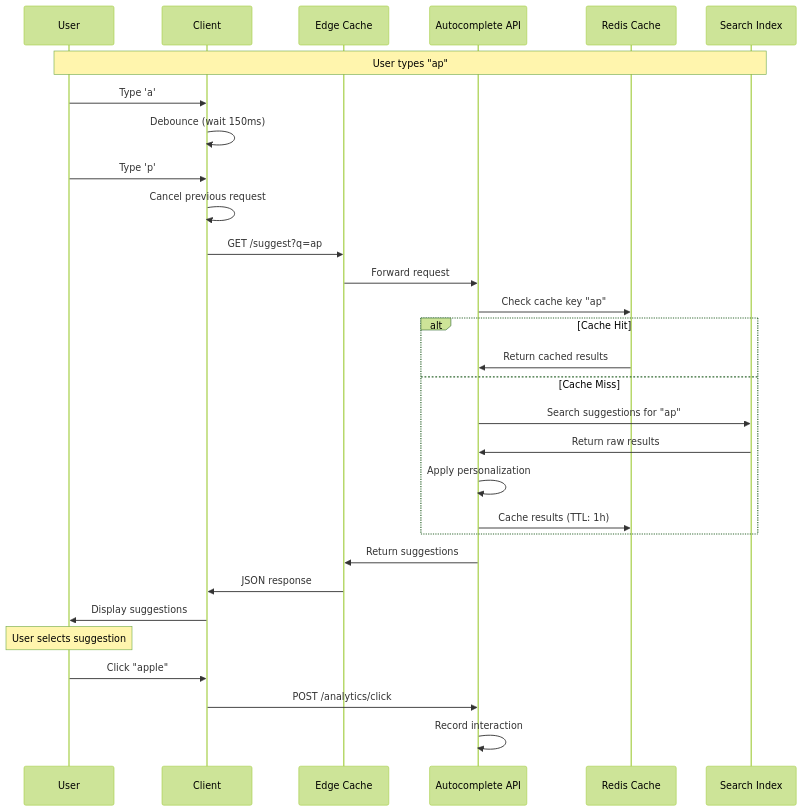
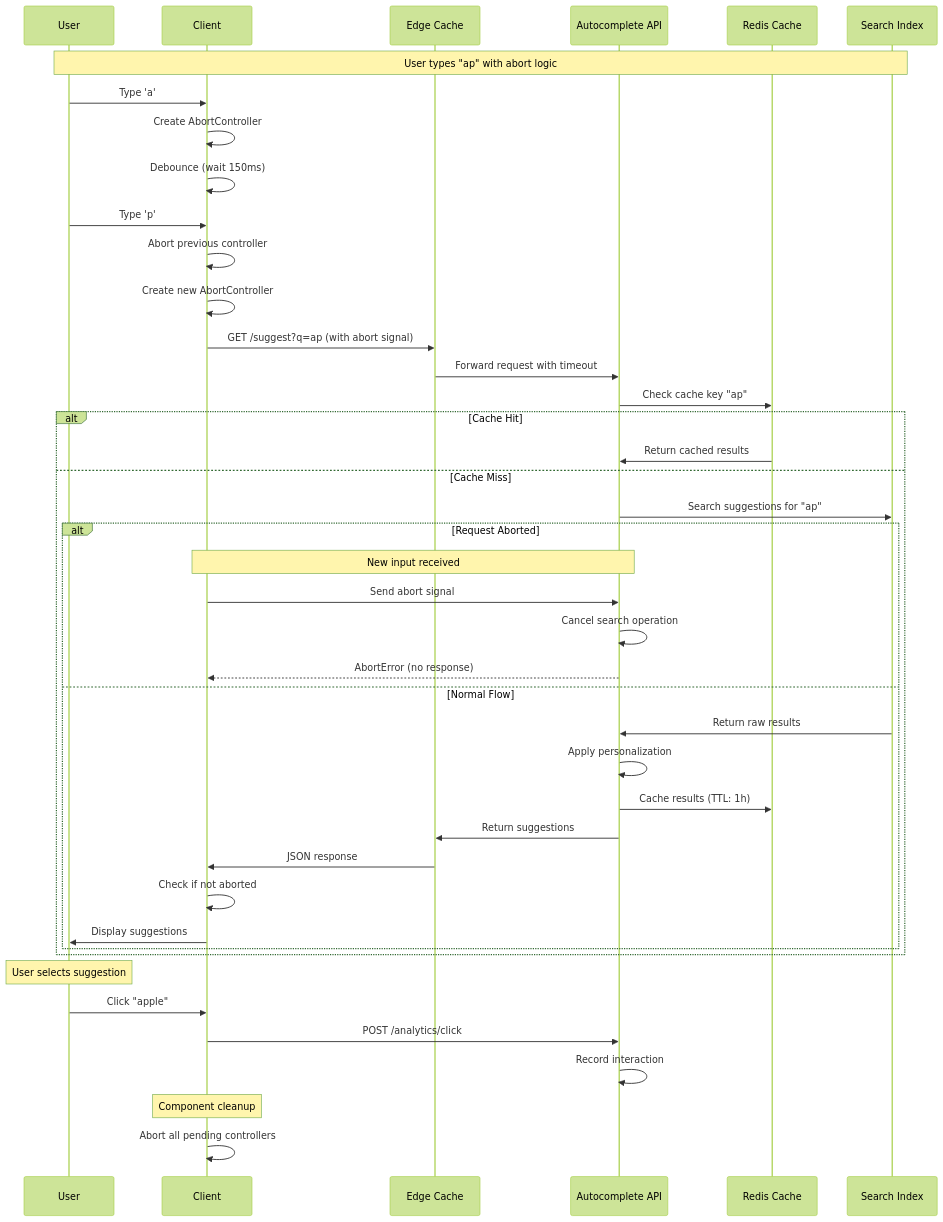
One commit to pratheeshpm/brahmastra changed the ninth of 24 diagrams in frontend-system-design/10-search-autocomplete/README.md. Above: the diagram before and after it, drawn with Mermaid (forest theme). The commit also changed other lines of this file and 280 other files, not shown here.

````diff
--- a/frontend-system-design/10-search-autocomplete/README.md
+++ b/frontend-system-design/10-search-autocomplete/README.md
@@ -665,38 +1074,51 @@
 ```mermaid
 sequenceDiagram
     participant U as User
     participant C as Client
     participant CDN as Edge Cache
     participant API as Autocomplete API
     participant CACHE as Redis Cache
     participant INDEX as Search Index
     
-    Note over U,INDEX: User types "ap"
+    Note over U,INDEX: User types "ap" with abort logic
     
     U->>C: Type 'a'
+    C->>C: Create AbortController
     C->>C: Debounce (wait 150ms)
     U->>C: Type 'p'
-    C->>C: Cancel previous request
+    C->>C: Abort previous controller
+    C->>C: Create new AbortController
     
-    C->>CDN: GET /suggest?q=ap
-    CDN->>API: Forward request
+    C->>CDN: GET /suggest?q=ap (with abort signal)
+    CDN->>API: Forward request with timeout
     API->>CACHE: Check cache key "ap"
     
     alt Cache Hit
         CACHE->>API: Return cached results
     else Cache Miss
         API->>INDEX: Search suggestions for "ap"
-        INDEX->>API: Return raw results
-        API->>API: Apply personalization
-        API->>CACHE: Cache results (TTL: 1h)
+        
+        alt Request Aborted
+            Note over C,API: New input received
+            C->>API: Send abort signal
+            API->>API: Cancel search operation
+            API-->>C: AbortError (no response)
+        else Normal Flow
+            INDEX->>API: Return raw results
+            API->>API: Apply personalization
+            API->>CACHE: Cache results (TTL: 1h)
+            API->>CDN: Return suggestions
+            CDN->>C: JSON response
+            C->>C: Check if not aborted
+            C->>U: Display suggestions
+        end
     end
-    
-    API->>CDN: Return suggestions
-    CDN->>C: JSON response
-    C->>U: Display suggestions
     
     Note over U: User selects suggestion
     U->>C: Click "apple"
     C->>API: POST /analytics/click
     API->>API: Record interaction
+    
+    Note over C: Component cleanup
+    C->>C: Abort all pending controllers
 ```
````
